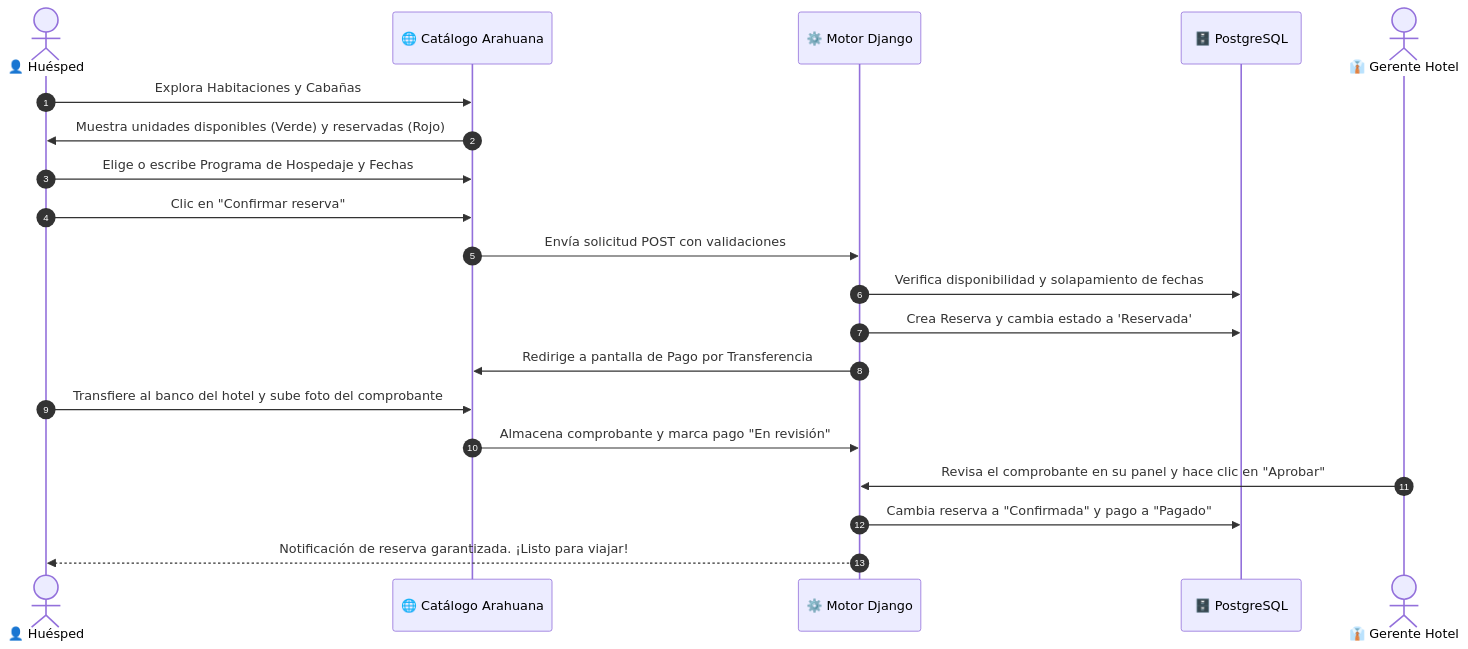
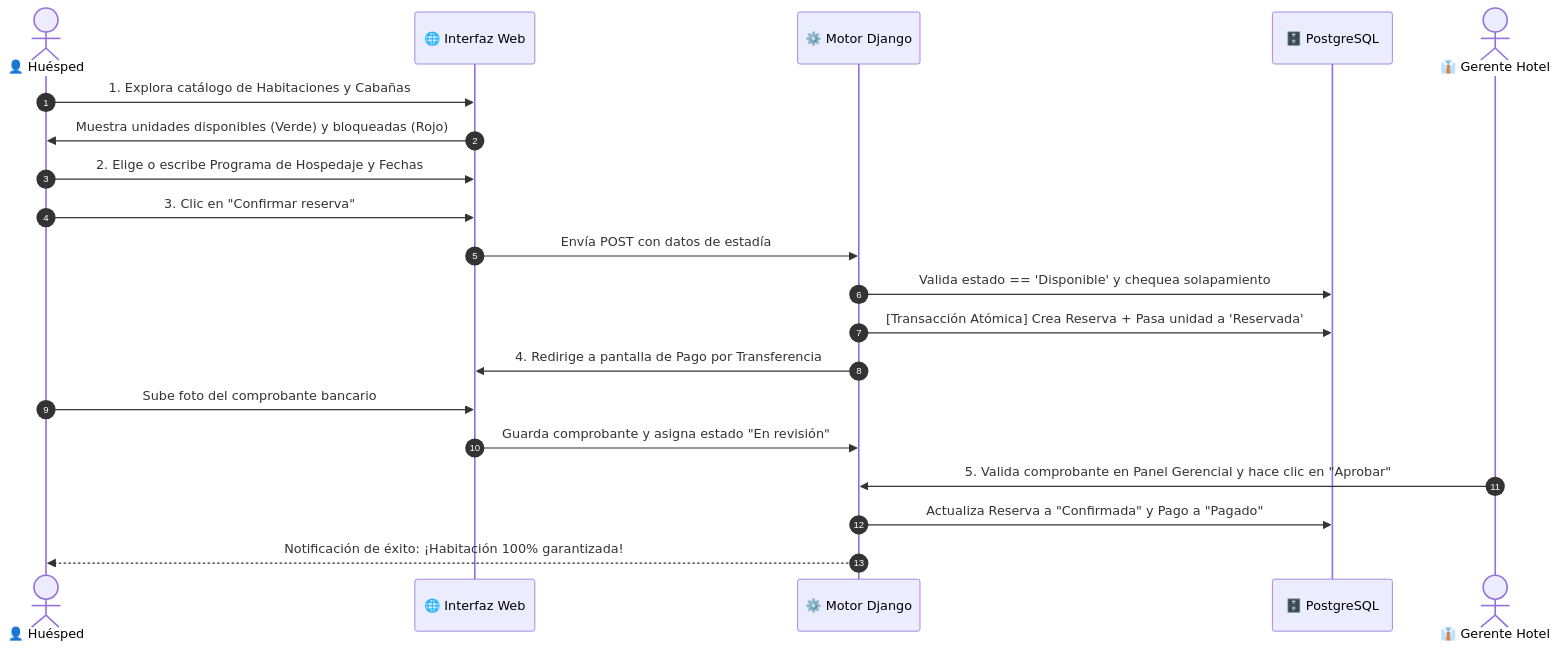
Before and after one commit to BETACRD01/Hotel-A: the second of 2 diagrams in README.md, drawn with Mermaid. The commit also changed other lines of this file, not shown here.

Commit message:
docs: potenciar Seccion 5 del Viaje del Huesped con timeline ASCII, cards emocionales y tabla interactiva

````diff
--- a/README.md
+++ b/README.md
@@ -128,23 +191,23 @@
 ```mermaid
 sequenceDiagram
     autonumber
-    actor Cliente as 👤 Huésped
-    participant Web as 🌐 Catálogo Arahuana
+    actor Huésped as 👤 Huésped
+    participant Web as 🌐 Interfaz Web
     participant Backend as ⚙️ Motor Django
     participant DB as 🗄️ PostgreSQL
     actor Gerente as 👔 Gerente Hotel
 
-    Cliente->>Web: Explora Habitaciones y Cabañas
-    Web->>Cliente: Muestra unidades disponibles (Verde) y reservadas (Rojo)
-    Cliente->>Web: Elige o escribe Programa de Hospedaje y Fechas
-    Cliente->>Web: Clic en "Confirmar reserva"
-    Web->>Backend: Envía solicitud POST con validaciones
-    Backend->>DB: Verifica disponibilidad y solapamiento de fechas
-    Backend->>DB: Crea Reserva y cambia estado a 'Reservada'
-    Backend->>Web: Redirige a pantalla de Pago por Transferencia
-    Cliente->>Web: Transfiere al banco del hotel y sube foto del comprobante
-    Web->>Backend: Almacena comprobante y marca pago "En revisión"
-    Gerente->>Backend: Revisa el comprobante en su panel y hace clic en "Aprobar"
-    Backend->>DB: Cambia reserva a "Confirmada" y pago a "Pagado"
-    Backend-->>Cliente: Notificación de reserva garantizada. ¡Listo para viajar!
+    Huésped->>Web: 1. Explora catálogo de Habitaciones y Cabañas
+    Web->>Huésped: Muestra unidades disponibles (Verde) y bloqueadas (Rojo)
+    Huésped->>Web: 2. Elige o escribe Programa de Hospedaje y Fechas
+    Huésped->>Web: 3. Clic en "Confirmar reserva"
+    Web->>Backend: Envía POST con datos de estadía
+    Backend->>DB: Valida estado == 'Disponible' y chequea solapamiento
+    Backend->>DB: [Transacción Atómica] Crea Reserva + Pasa unidad a 'Reservada'
+    Backend->>Web: 4. Redirige a pantalla de Pago por Transferencia
+    Huésped->>Web: Sube foto del comprobante bancario
+    Web->>Backend: Guarda comprobante y asigna estado "En revisión"
+    Gerente->>Backend: 5. Valida comprobante en Panel Gerencial y hace clic en "Aprobar"
+    Backend->>DB: Actualiza Reserva a "Confirmada" y Pago a "Pagado"
+    Backend-->>Huésped: Notificación de éxito: ¡Habitación 100% garantizada!
 ```
````
